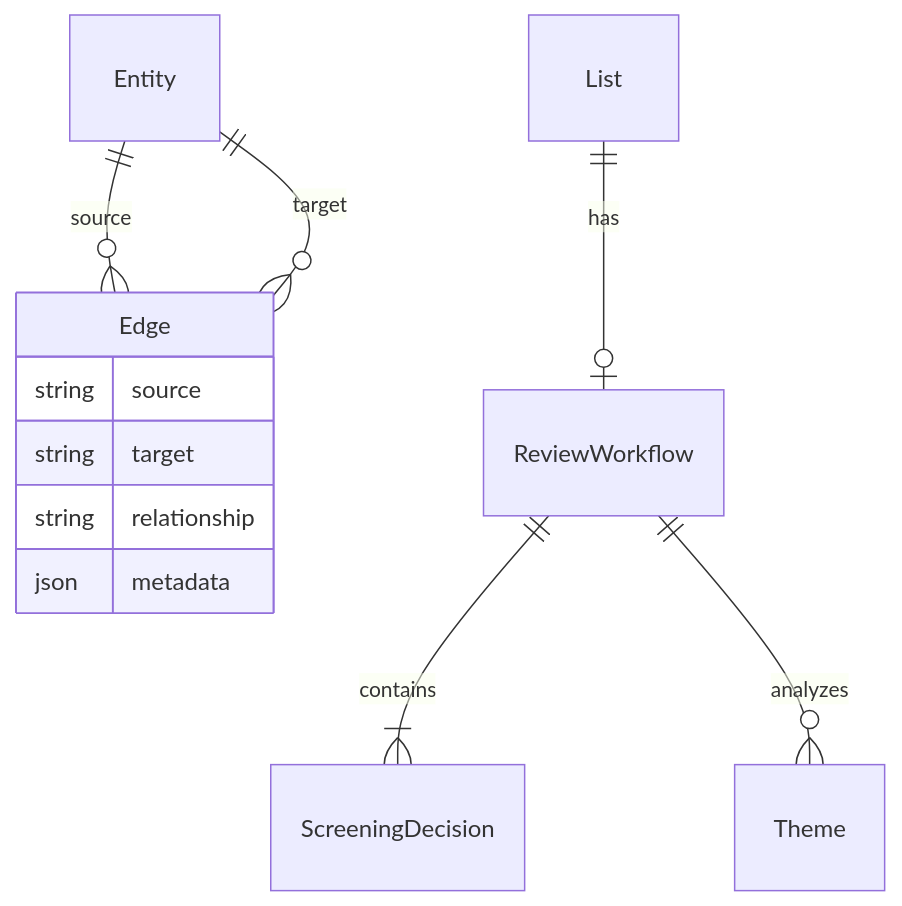
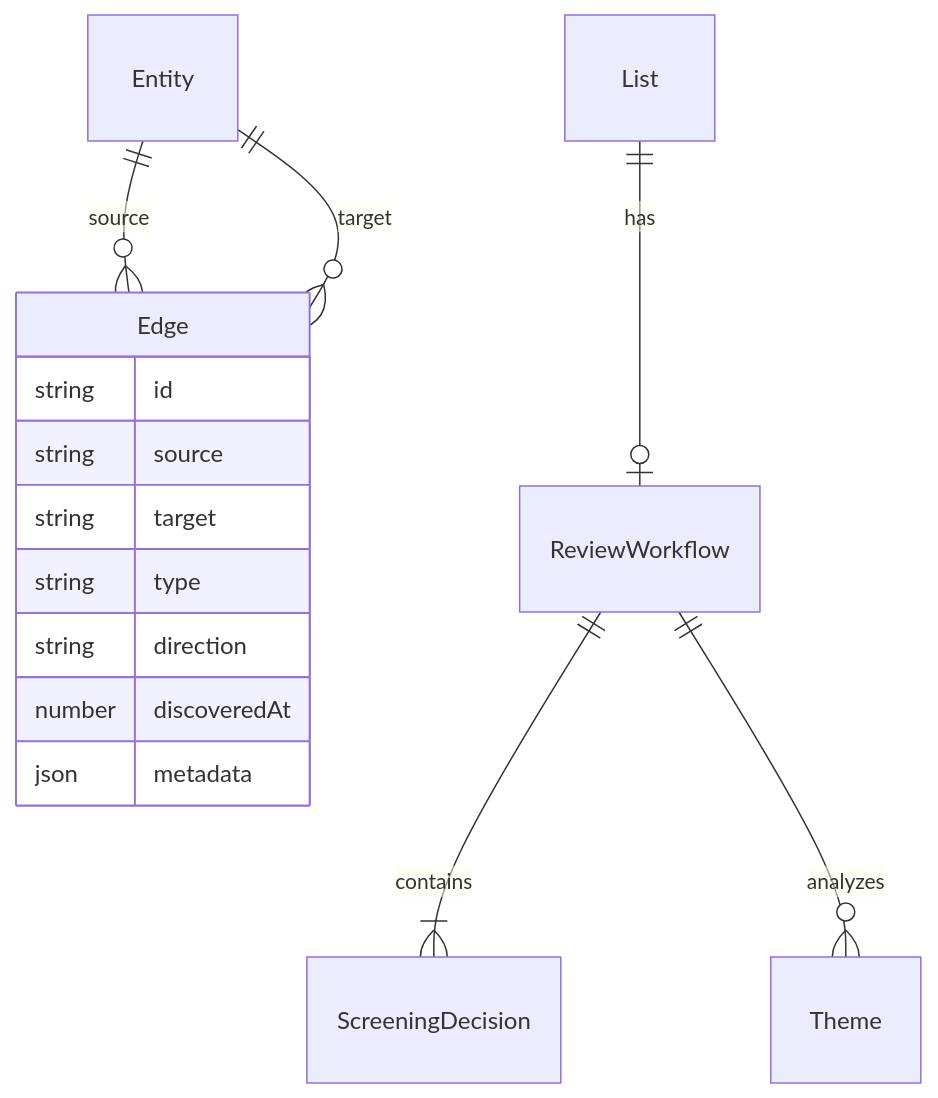
Before and after one commit to Mearman/Academic-Explorer: the diagram in specs/029-literature-review/data-model.md, drawn with Mermaid. The commit also changed other lines of this file and 1 other file, not shown here.

First line of the commit message:
docs(spec): align spec 029 with spec 034 persistent graph index

````diff
--- a/specs/029-literature-review/data-model.md
+++ b/specs/029-literature-review/data-model.md
@@ -106,14 +109,17 @@
 ```mermaid
 erDiagram
     Entity ||--o{ Edge : "source"
     Entity ||--o{ Edge : "target"
     Edge {
+        string id
         string source
         string target
-        string relationship
+        string type
+        string direction
+        number discoveredAt
         json metadata
     }
     List ||--o| ReviewWorkflow : "has"
     ReviewWorkflow ||--|{ ScreeningDecision : "contains"
     ReviewWorkflow ||--o{ Theme : "analyzes"
 ```
````
